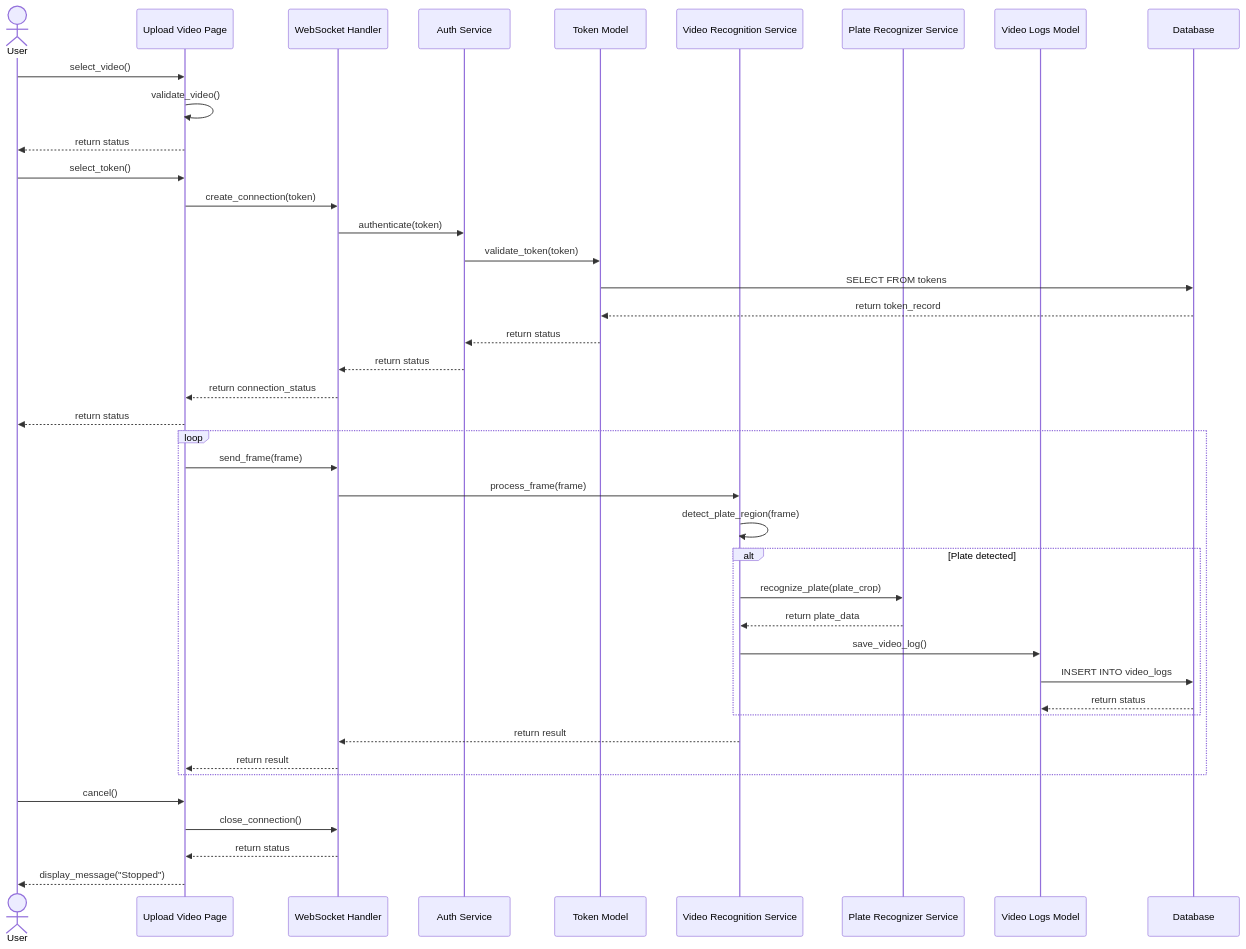
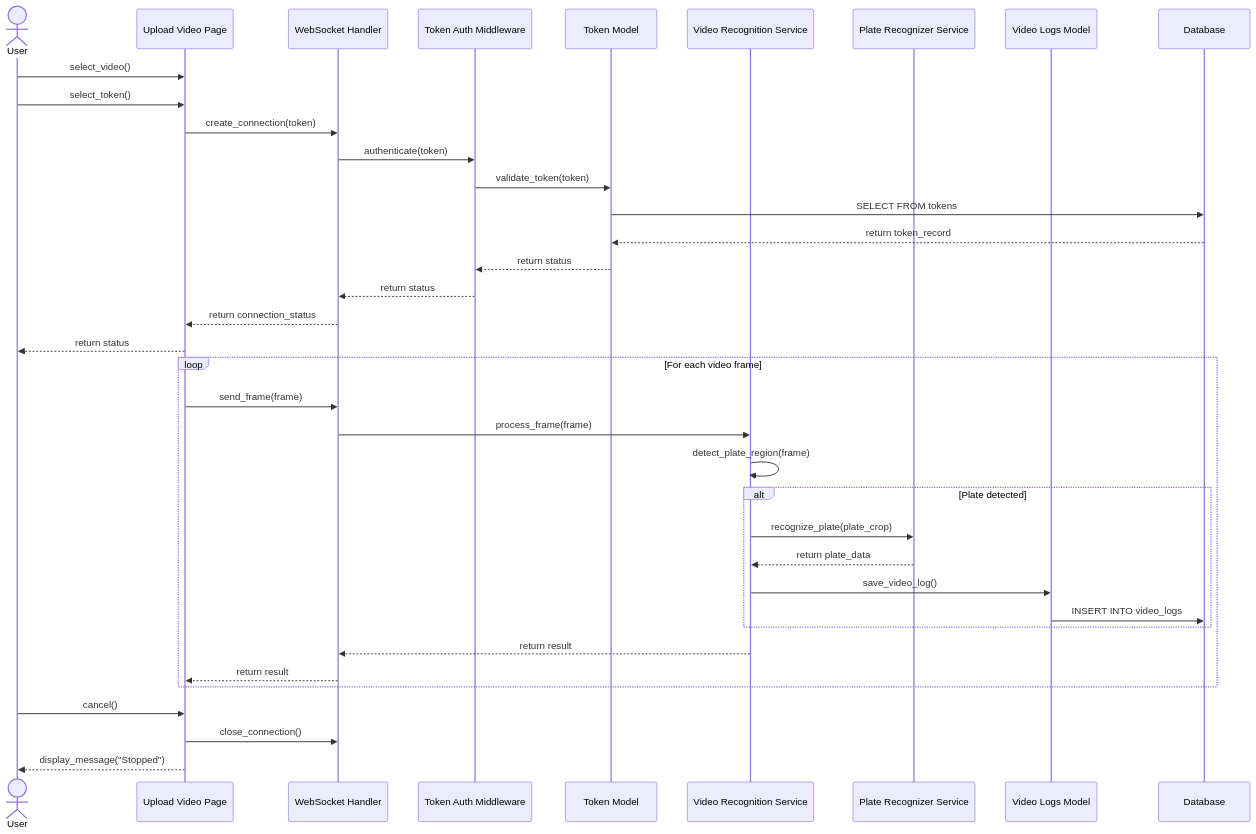
The tenth of 20 diagrams in SYSTEM_DIAGRAMS.md (Tanaphat-Ken/ALPR-V2), drawn with Mermaid before and after one commit. The commit also changed other lines of this file, not shown here.

First line of the commit message:
docs: trim sequence diagrams and split combined flows into separate diagrams

````diff
--- a/SYSTEM_DIAGRAMS.md
+++ b/SYSTEM_DIAGRAMS.md
@@ -391,46 +390,42 @@
 ```mermaid
 sequenceDiagram
     actor User
     participant UploadPage as Upload Video Page
     participant WSHandler as WebSocket Handler
-    participant AuthService as Auth Service
+    participant TAM as Token Auth Middleware
     participant TokenModel as Token Model
     participant VideoService as Video Recognition Service
     participant PR as Plate Recognizer Service
     participant VideoLogsModel as Video Logs Model
     participant DB as Database
 
     User->>UploadPage: select_video()
-    UploadPage->>UploadPage: validate_video()
-    UploadPage-->>User: return status
     User->>UploadPage: select_token()
     UploadPage->>WSHandler: create_connection(token)
-    WSHandler->>AuthService: authenticate(token)
-    AuthService->>TokenModel: validate_token(token)
+    WSHandler->>TAM: authenticate(token)
+    TAM->>TokenModel: validate_token(token)
     TokenModel->>DB: SELECT FROM tokens
     DB-->>TokenModel: return token_record
-    TokenModel-->>AuthService: return status
-    AuthService-->>WSHandler: return status
+    TokenModel-->>TAM: return status
+    TAM-->>WSHandler: return status
     WSHandler-->>UploadPage: return connection_status
     UploadPage-->>User: return status
 
-    loop
+    loop For each video frame
         UploadPage->>WSHandler: send_frame(frame)
         WSHandler->>VideoService: process_frame(frame)
         VideoService->>VideoService: detect_plate_region(frame)
         alt Plate detected
             VideoService->>PR: recognize_plate(plate_crop)
             PR-->>VideoService: return plate_data
             VideoService->>VideoLogsModel: save_video_log()
             VideoLogsModel->>DB: INSERT INTO video_logs
-            DB-->>VideoLogsModel: return status
         end
         VideoService-->>WSHandler: return result
         WSHandler-->>UploadPage: return result
     end
 
     User->>UploadPage: cancel()
     UploadPage->>WSHandler: close_connection()
-    WSHandler-->>UploadPage: return status
     UploadPage-->>User: display_message("Stopped")
 ```
````
